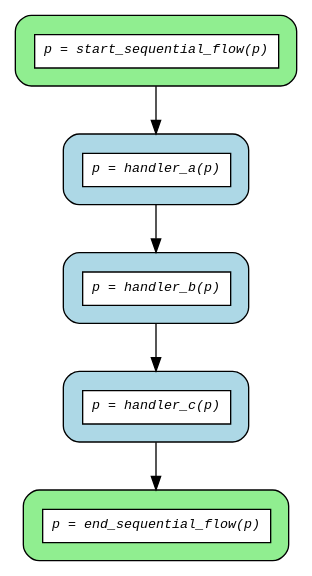
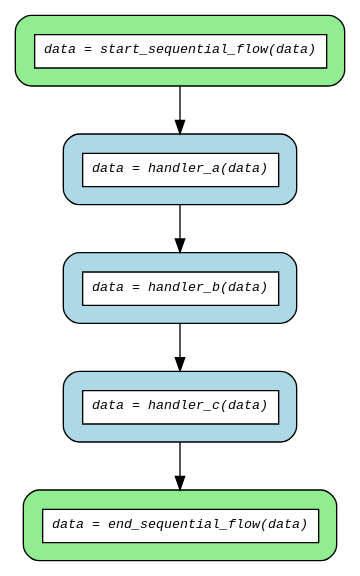
One commit to mrhillsman-enterprise-ai/asya changed the diagram in examples/flows/compiled/sequential/flow.dot. Above: the diagram before and after it, drawn with Graphviz. The commit also changed 34 other files, not shown here.

First line of the commit message:
feat(flow): expand compiler syntax support and improve error messages (#243)

```diff
--- a/examples/flows/compiled/sequential/flow.dot
+++ b/examples/flows/compiled/sequential/flow.dot
@@ -1,17 +1,17 @@
 digraph flow {
   rankdir=TB;
   graph [fontname="Courier", fontsize=10];
   node [fontname="Courier", fontsize=10, shape=box, style="filled,rounded", margin="0.2"];
   edge [fontname="Courier", fontsize=10];
 
-  start_sequential_flow [fillcolor="lightgreen", group="main", label=<<table border="0" cellspacing="0" cellpadding="6" cellborder="1"><tr><td bgcolor="white" align="center"><i>p = start_sequential_flow(p)</i></td></tr></table>>];
-  end_sequential_flow [fillcolor="lightgreen", group="main", label=<<table border="0" cellspacing="0" cellpadding="6" cellborder="1"><tr><td bgcolor="white" align="center"><i>p = end_sequential_flow(p)</i></td></tr></table>>];
-  handler_a [fillcolor="lightblue", label=<<table border="0" cellspacing="0" cellpadding="6" cellborder="1"><tr><td bgcolor="white" align="center"><i>p = handler_a(p)</i></td></tr></table>>];
-  handler_b [fillcolor="lightblue", label=<<table border="0" cellspacing="0" cellpadding="6" cellborder="1"><tr><td bgcolor="white" align="center"><i>p = handler_b(p)</i></td></tr></table>>];
-  handler_c [fillcolor="lightblue", label=<<table border="0" cellspacing="0" cellpadding="6" cellborder="1"><tr><td bgcolor="white" align="center"><i>p = handler_c(p)</i></td></tr></table>>];
+  start_sequential_flow [fillcolor="lightgreen", group="main", label=<<table border="0" cellspacing="0" cellpadding="6" cellborder="1"><tr><td bgcolor="white" align="center"><i>data = start_sequential_flow(data)</i></td></tr></table>>];
+  end_sequential_flow [fillcolor="lightgreen", group="main", label=<<table border="0" cellspacing="0" cellpadding="6" cellborder="1"><tr><td bgcolor="white" align="center"><i>data = end_sequential_flow(data)</i></td></tr></table>>];
+  handler_a [fillcolor="lightblue", label=<<table border="0" cellspacing="0" cellpadding="6" cellborder="1"><tr><td bgcolor="white" align="center"><i>data = handler_a(data)</i></td></tr></table>>];
+  handler_b [fillcolor="lightblue", label=<<table border="0" cellspacing="0" cellpadding="6" cellborder="1"><tr><td bgcolor="white" align="center"><i>data = handler_b(data)</i></td></tr></table>>];
+  handler_c [fillcolor="lightblue", label=<<table border="0" cellspacing="0" cellpadding="6" cellborder="1"><tr><td bgcolor="white" align="center"><i>data = handler_c(data)</i></td></tr></table>>];
 
   handler_a -> handler_b;
   handler_b -> handler_c;
   handler_c -> end_sequential_flow;
   start_sequential_flow -> handler_a;
 }
```
